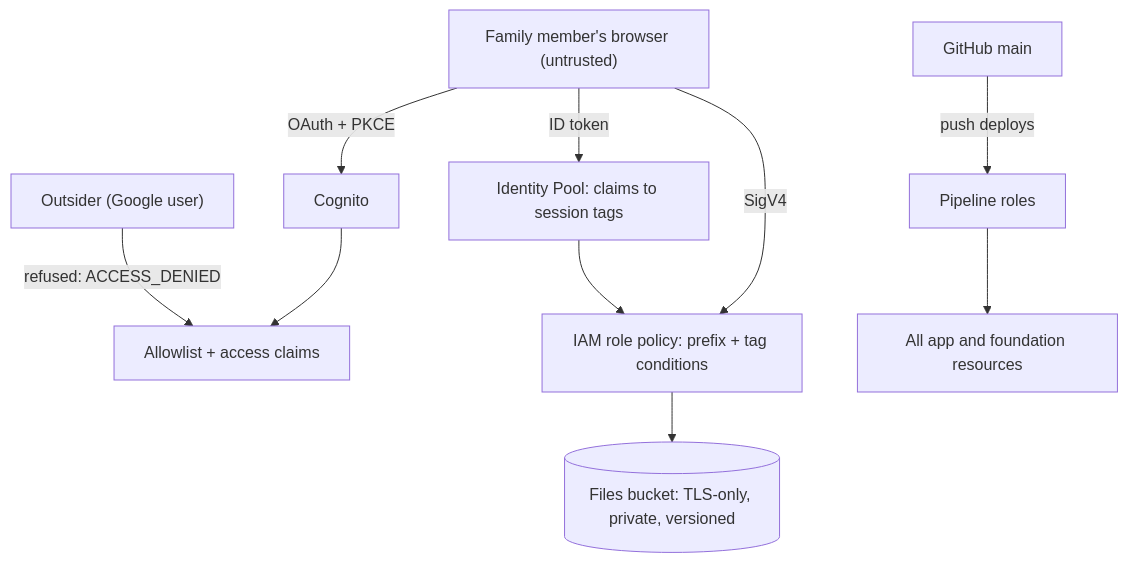
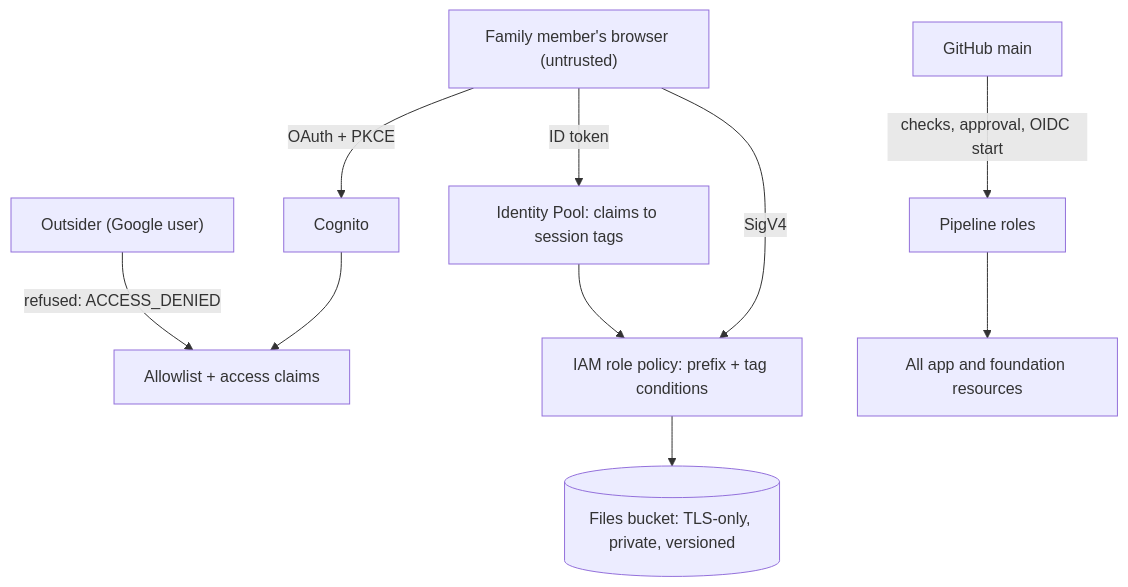
Before and after one commit to hualinh1012/personal-storage: the fifth of 5 diagrams in docs/architecture/architecture-definition.md, drawn with Mermaid. The commit also changed other lines of this file and 16 other files, not shown here.

````diff
--- a/docs/architecture/architecture-definition.md
+++ b/docs/architecture/architecture-definition.md
@@ -240,10 +241,10 @@
 ```mermaid
 flowchart TB
     Outsider["Outsider (Google user)"] -->|"refused: ACCESS_DENIED"| Triggers
     Member["Family member's browser (untrusted)"] -->|"OAuth + PKCE"| Cognito
     Cognito --> Triggers["Allowlist + access claims"]
     Member -->|"ID token"| IdPool["Identity Pool: claims to session tags"]
     IdPool --> Role["IAM role policy: prefix + tag conditions"]
     Member -->|"SigV4"| Role --> Files[("Files bucket: TLS-only, private, versioned")]
-    Repo["GitHub main"] -->|"push deploys"| Pipelines["Pipeline roles"] --> AWSRes["All app and foundation resources"]
+    Repo["GitHub main"] -->|"checks, approval, OIDC start"| Pipelines["Pipeline roles"] --> AWSRes["All app and foundation resources"]
 ```
````
